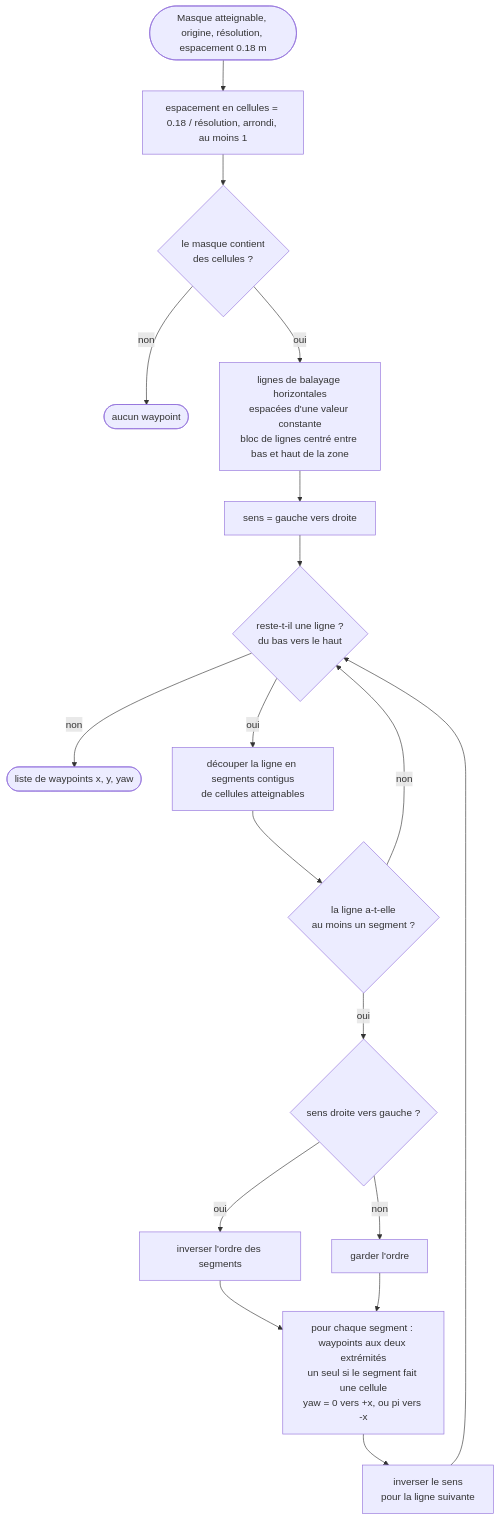
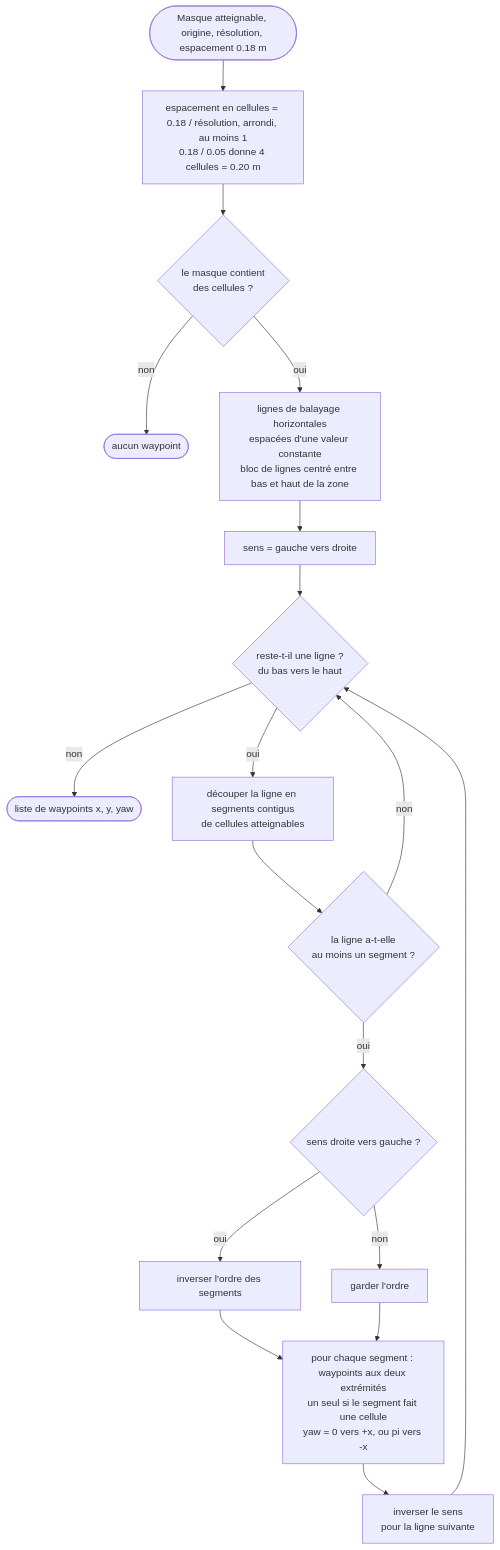
Before and after one commit to Maximator13/robot-aspirateur-ros2: the fourth of 9 diagrams in docs/ALGORIGRAMMES.md, drawn with Mermaid. The commit also changed other lines of this file and 14 other files, not shown here.

````diff
--- a/docs/ALGORIGRAMMES.md
+++ b/docs/ALGORIGRAMMES.md
@@ -90,20 +90,20 @@
 ```mermaid
 flowchart TD
-    A(["Masque atteignable, origine, résolution, espacement 0.18 m"]) --> B["espacement en cellules = 0.18 / résolution, arrondi, au moins 1"]
+    A(["Masque atteignable, origine, résolution, espacement 0.18 m"]) --> B["espacement en cellules = 0.18 / résolution, arrondi, au moins 1<br/>0.18 / 0.05 donne 4 cellules = 0.20 m"]
     B --> C{"le masque contient<br/>des cellules ?"}
     C -- "non" --> VIDE(["aucun waypoint"])
     C -- "oui" --> D["lignes de balayage horizontales<br/>espacées d'une valeur constante<br/>bloc de lignes centré entre bas et haut de la zone"]
     D --> E["sens = gauche vers droite"]
     E --> F{"reste-t-il une ligne ?<br/>du bas vers le haut"}
     F -- "non" --> Z(["liste de waypoints x, y, yaw"])
     F -- "oui" --> G["découper la ligne en segments contigus<br/>de cellules atteignables"]
     G --> H{"la ligne a-t-elle<br/>au moins un segment ?"}
     H -- "non" --> F
     H -- "oui" --> I{"sens droite vers gauche ?"}
     I -- "oui" --> J["inverser l'ordre des segments"]
     I -- "non" --> K["garder l'ordre"]
     J --> L["pour chaque segment : waypoints aux deux extrémités<br/>un seul si le segment fait une cellule<br/>yaw = 0 vers +x, ou pi vers -x"]
     K --> L
     L --> M["inverser le sens<br/>pour la ligne suivante"]
     M --> F
 ```
````
